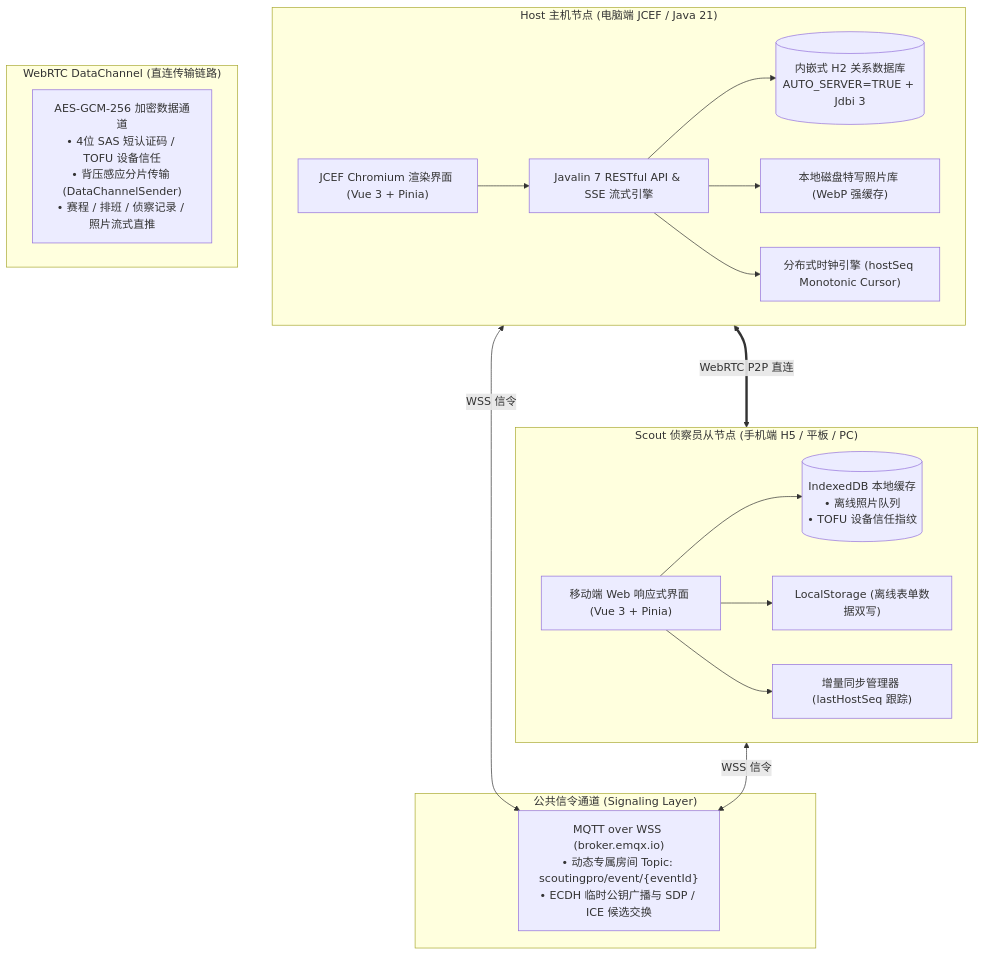
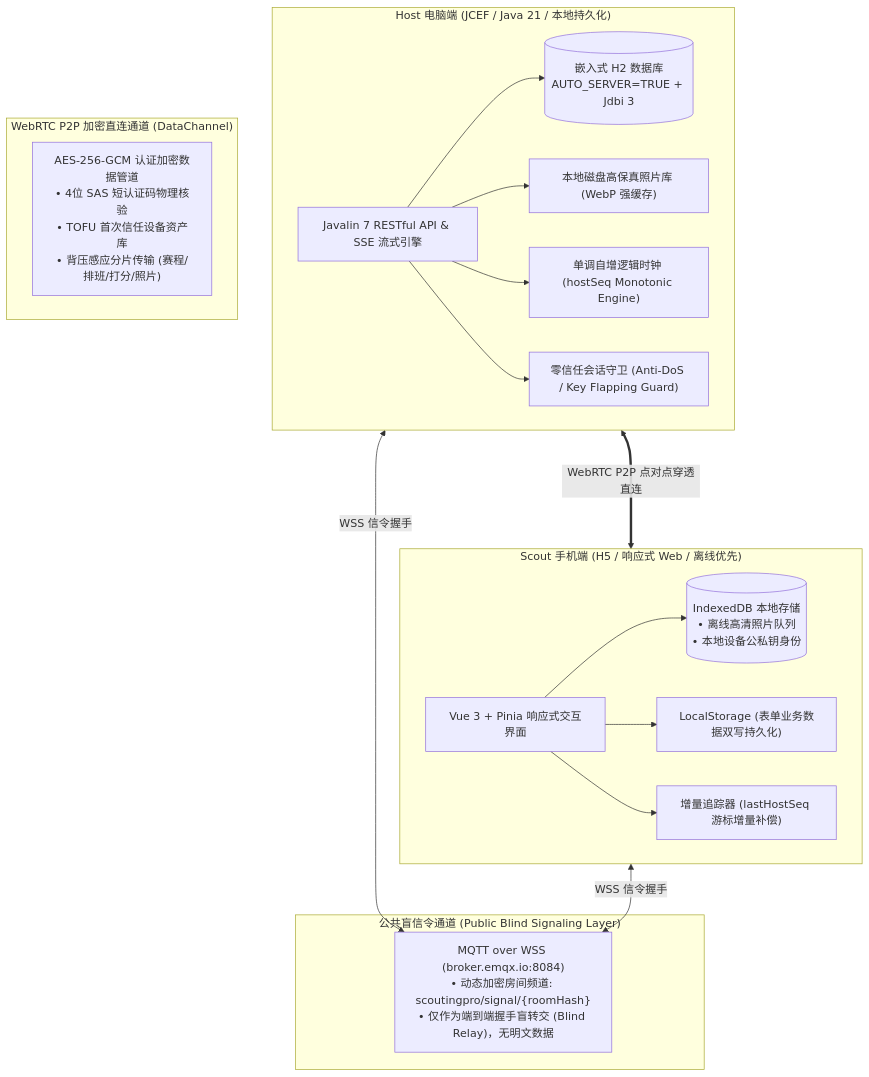
The first of 4 diagrams in README.md (Lucalmz/ScoutingPro27), drawn with Mermaid before and after one commit. The commit also changed other lines of this file and 67 other files, not shown here.

````diff
--- a/README.md
+++ b/README.md
@@ -56,38 +196,38 @@
 ```mermaid
 graph TB
-    subgraph Signaling["公共信令通道 (Signaling Layer)"]
-        MQTT["MQTT over WSS (broker.emqx.io)<br/>• 动态专属房间 Topic: scoutingpro/event/{eventId}<br/>• ECDH 临时公钥广播与 SDP / ICE 候选交换"]
+    subgraph SignalingLayer["公共盲信令通道 (Public Blind Signaling Layer)"]
+        MQTT["MQTT over WSS (broker.emqx.io:8084)<br/>• 动态加密房间频道: scoutingpro/signal/{roomHash}<br/>• 仅作为端到端握手盲转交 (Blind Relay)，无明文数据"]
     end
 
-    subgraph Host["Host 主机节点 (电脑端 JCEF / Java 21)"]
-        JCEF["JCEF Chromium 渲染界面 (Vue 3 + Pinia)"]
+    subgraph HostApp["Host 电脑端 (JCEF / Java 21 / 本地持久化)"]
         Javalin["Javalin 7 RESTful API & SSE 流式引擎"]
-        H2[("内嵌式 H2 关系数据库<br/>AUTO_SERVER=TRUE + Jdbi 3")]
-        PhotoDisk["本地磁盘特写照片库 (WebP 强缓存)"]
-        HostSync["分布式时钟引擎 (hostSeq Monotonic Cursor)"]
+        H2DB[("嵌入式 H2 数据库<br/>AUTO_SERVER=TRUE + Jdbi 3")]
+        PhotoStorage["本地磁盘高保真照片库 (WebP 强缓存)"]
+        HostSeqEngine["单调自增逻辑时钟 (hostSeq Monotonic Engine)"]
+        HostSafety["零信任会话守卫 (Anti-DoS / Key Flapping Guard)"]
         
-        JCEF --> Javalin
-        Javalin --> H2
-        Javalin --> PhotoDisk
-        Javalin --> HostSync
+        Javalin --> H2DB
+        Javalin --> PhotoStorage
+        Javalin --> HostSeqEngine
+        Javalin --> HostSafety
     end
 
-    subgraph P2P["WebRTC DataChannel (直连传输链路)"]
-        DC["AES-GCM-256 加密数据通道<br/>• 4位 SAS 短认证码 / TOFU 设备信任<br/>• 背压感应分片传输 (DataChannelSender)<br/>• 赛程 / 排班 / 侦察记录 / 照片流式直推"]
+    subgraph P2PLink["WebRTC P2P 加密直连通道 (DataChannel)"]
+        DirectPipe["AES-256-GCM 认证加密数据管道<br/>• 4位 SAS 短认证码物理核验<br/>• TOFU 首次信任设备资产库<br/>• 背压感应分片传输 (赛程/排班/打分/照片)"]
     end
 
-    subgraph Scouts["Scout 侦察员从节点 (手机端 H5 / 平板 / PC)"]
-        ScoutUI["移动端 Web 响应式界面 (Vue 3 + Pinia)"]
-        ScoutIDB[("IndexedDB 本地缓存<br/>• 离线照片队列<br/>• TOFU 设备信任指纹")]
-        ScoutLS["LocalStorage (离线表单数据双写)"]
-        ScoutSync["增量同步管理器 (lastHostSeq 跟踪)"]
+    subgraph ClientNode["Scout 手机端 (H5 / 响应式 Web / 离线优先)"]
+        ScoutUI["Vue 3 + Pinia 响应式交互界面"]
+        IDBCache[("IndexedDB 本地存储<br/>• 离线高清照片队列<br/>• 本地设备公私钥身份")]
+        LSCache["LocalStorage (表单业务数据双写持久化)"]
+        CursorSync["增量追踪器 (lastHostSeq 游标增量补偿)"]
         
-        ScoutUI --> ScoutIDB
-        ScoutUI --> ScoutLS
-        ScoutUI --> ScoutSync
+        ScoutUI --> IDBCache
+        ScoutUI --> LSCache
+        ScoutUI --> CursorSync
     end
 
-    Host <-->|WSS 信令| MQTT
-    Scouts <-->|WSS 信令| MQTT
-    Host <===>|WebRTC P2P 直连| Scouts
+    HostApp <-->|WSS 信令握手| MQTT
+    ClientNode <-->|WSS 信令握手| MQTT
+    HostApp <===>|WebRTC P2P 点对点穿透直连| ClientNode
 ```
````
